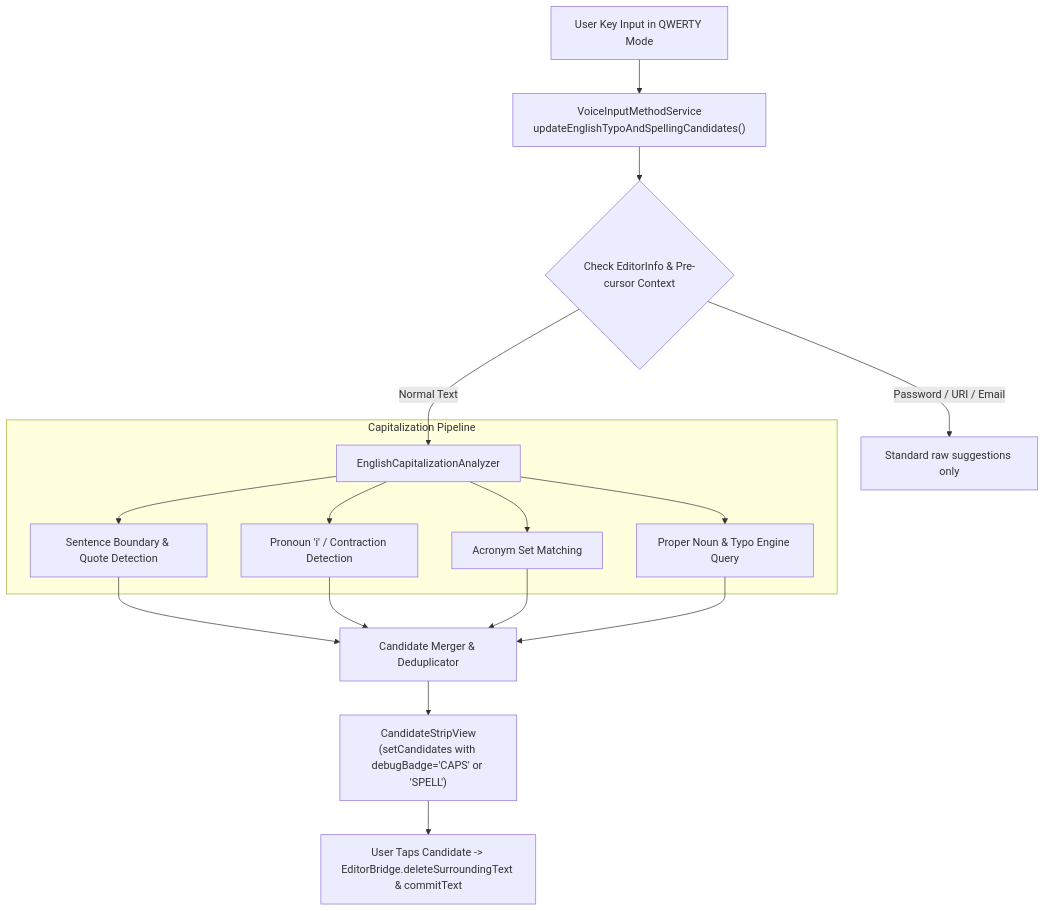
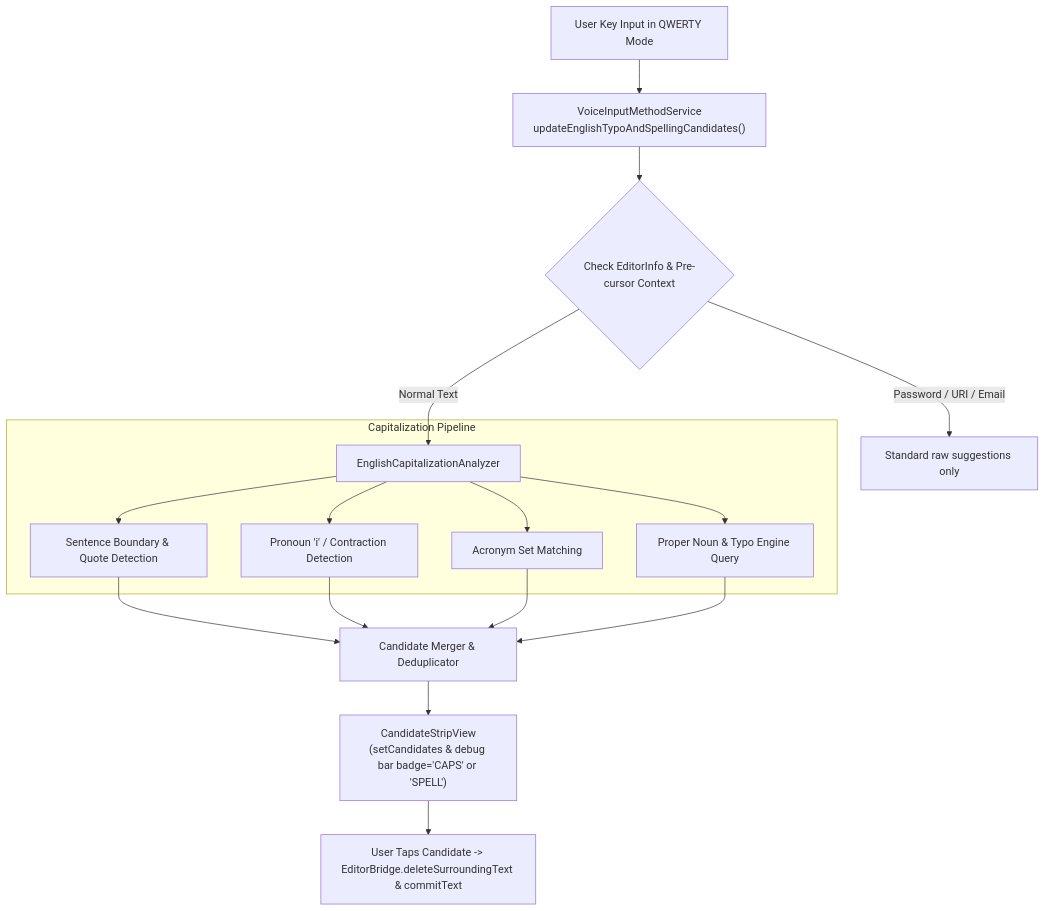
One commit to kenichikurihara/jotinput changed the diagram in docs/prd_and_system_design_qwerty_capitalization_and_spell_candidates.md. Above: the diagram before and after it, drawn with Mermaid. The commit also changed 3 other files, not shown here.

Commit message:
feat(ui): display SPELL/CAPS/USER debug badge in debug bar instead of candidate strip

````diff
--- a/docs/prd_and_system_design_qwerty_capitalization_and_spell_candidates.md
+++ b/docs/prd_and_system_design_qwerty_capitalization_and_spell_candidates.md
@@ -60,18 +60,18 @@
 ```mermaid
 flowchart TD
     A["User Key Input in QWERTY Mode"] --> B["VoiceInputMethodService\nupdateEnglishTypoAndSpellingCandidates()"]
     B --> C{"Check EditorInfo & Pre-cursor Context"}
     C -->|"Password / URI / Email"| D["Standard raw suggestions only"]
     C -->|"Normal Text"| E["EnglishCapitalizationAnalyzer"]
     
     subgraph Capitalization Pipeline
         E --> F["Sentence Boundary & Quote Detection"]
         E --> G["Pronoun 'i' / Contraction Detection"]
         E --> H["Acronym Set Matching"]
         E --> I["Proper Noun & Typo Engine Query"]
     end
     
     F & G & H & I --> J["Candidate Merger & Deduplicator"]
-    J --> K["CandidateStripView\n(setCandidates with debugBadge='CAPS' or 'SPELL')"]
+    J --> K["CandidateStripView\n(setCandidates & debug bar badge='CAPS' or 'SPELL')"]
     K --> L["User Taps Candidate -> EditorBridge.deleteSurroundingText & commitText"]
 ```
````
